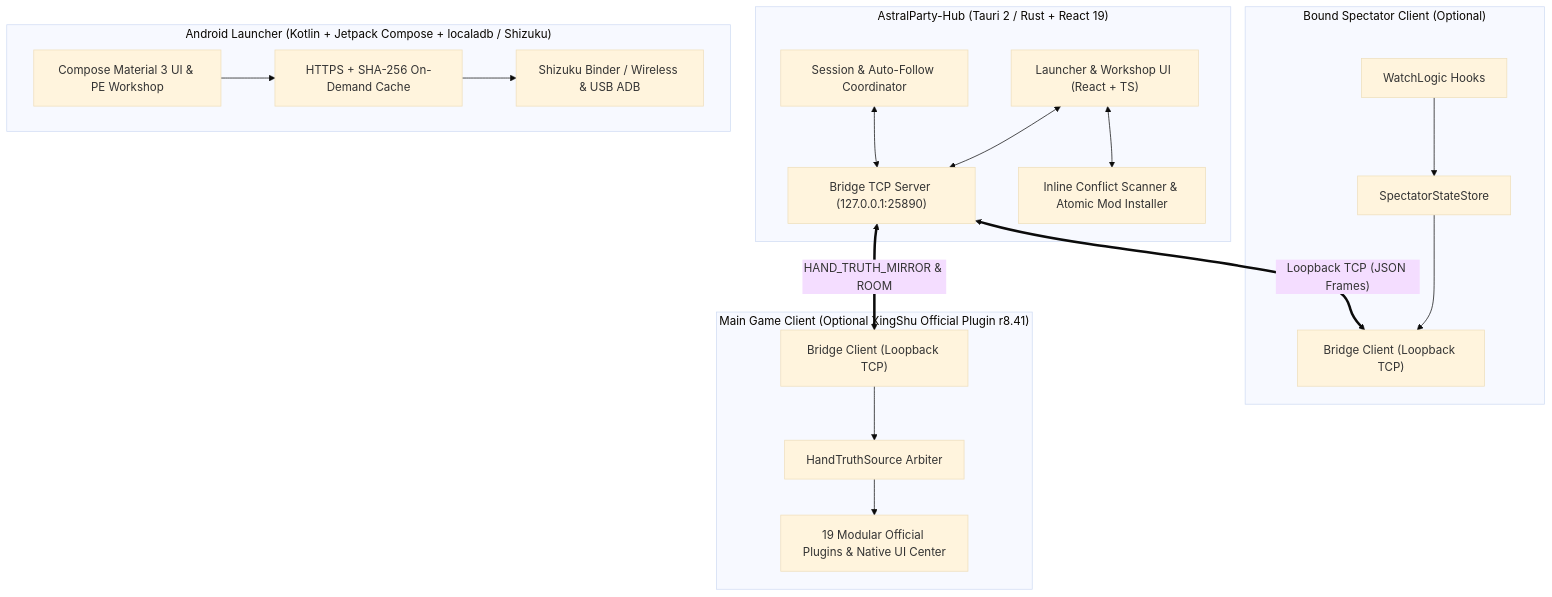
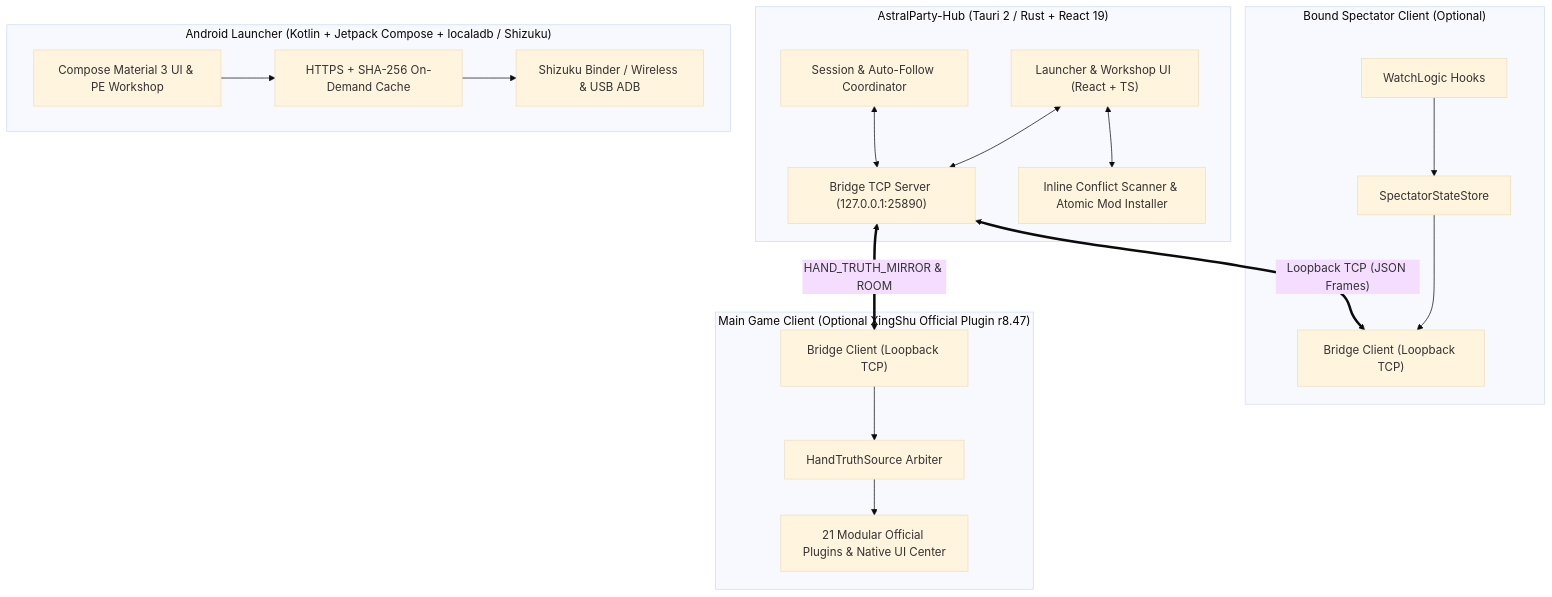
One commit to Breezecaresses/AstralParty-XingShu changed the diagram in README.md. Above: the diagram before and after it, drawn with Mermaid (base theme). The commit also changed other lines of this file and 22 other files, not shown here.

````diff
--- a/README.md
+++ b/README.md
@@ -73,36 +75,36 @@
 ```mermaid
 flowchart TD
     subgraph Hub["AstralParty-Hub (Tauri 2 / Rust + React 19)"]
         UI["Launcher & Workshop UI (React + TS)"]
         FSM["Session & Auto-Follow Coordinator"]
         TCPServer["Bridge TCP Server (127.0.0.1:25890)"]
         Workshop["Inline Conflict Scanner & Atomic Mod Installer"]
         UI <--> TCPServer
         UI <--> Workshop
         FSM <--> TCPServer
     end
 
     subgraph RuntimeSpectator["Bound Spectator Client (Optional)"]
         SpecHook["WatchLogic Hooks"]
         SpecStore["SpectatorStateStore"]
         SpecBridge["Bridge Client (Loopback TCP)"]
         SpecHook --> SpecStore --> SpecBridge
     end
 
-    subgraph RuntimeMain["Main Game Client (Optional XingShu Official Plugin r8.41)"]
+    subgraph RuntimeMain["Main Game Client (Optional XingShu Official Plugin r8.47)"]
         MainBridge["Bridge Client (Loopback TCP)"]
         TruthSource["HandTruthSource Arbiter"]
-        Modules["19 Modular Official Plugins & Native UI Center"]
+        Modules["21 Modular Official Plugins & Native UI Center"]
         MainBridge --> TruthSource --> Modules
     end
 
     subgraph AndroidApp["Android Launcher (Kotlin + Jetpack Compose + localadb / Shizuku)"]
         MobileUI["Compose Material 3 UI & PE Workshop"]
         PayloadMgr["HTTPS + SHA-256 On-Demand Cache"]
         Privileged["Shizuku Binder / Wireless & USB ADB"]
         MobileUI --> PayloadMgr --> Privileged
     end
 
     TCPServer <== "Loopback TCP (JSON Frames)" ==> SpecBridge
     TCPServer <== "HAND_TRUTH_MIRROR & ROOM" ==> MainBridge
 ```
````
